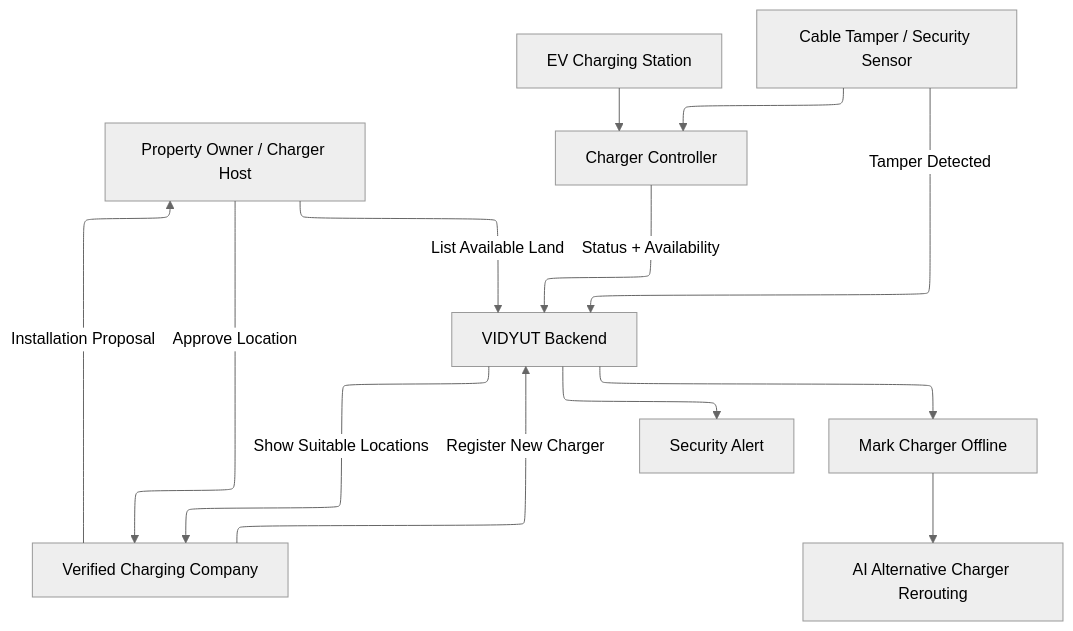
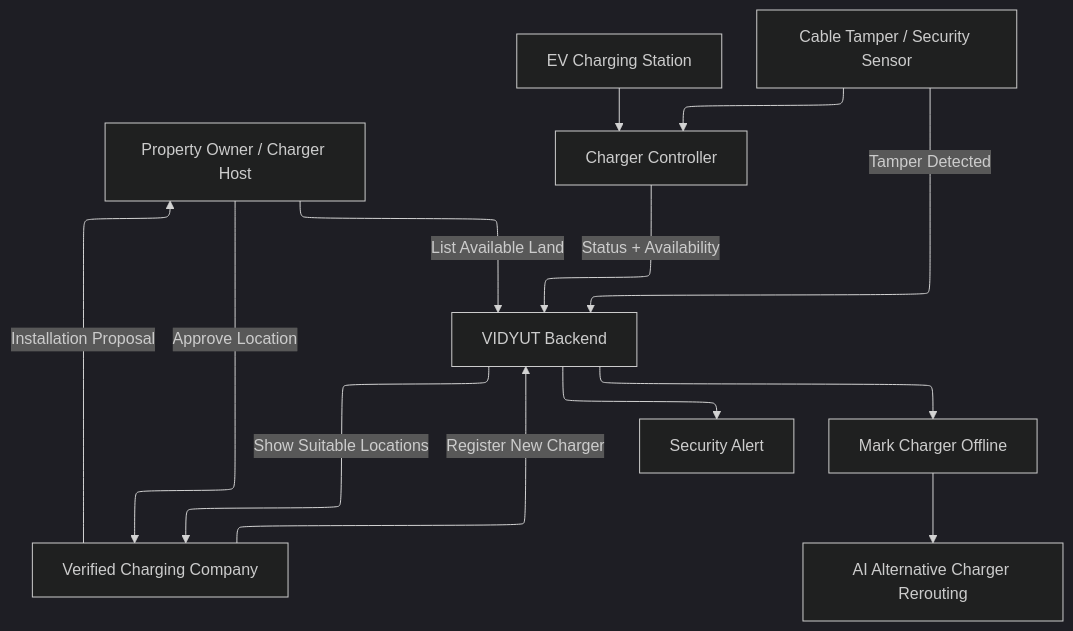
One commit to cs1m2414238/vidyutEV-1.0 changed the second of 2 diagrams in README.md. Above: the diagram before and after it, drawn with Mermaid.

````diff
--- a/README.md
+++ b/README.md
@@ -59,19 +59,19 @@
 ```mermaid
 ---
 config:
   layout: elk
-  theme: neutral
+  theme: dark
 ---
 flowchart TB
     HOST["Property Owner / Charger Host"] -- List Available Land --> BACKEND["VIDYUT Backend"]
     BACKEND -- Show Suitable Locations --> COMPANY["Verified Charging Company"]
     COMPANY -- Installation Proposal --> HOST
     HOST -- Approve Location --> COMPANY
     COMPANY -- Register New Charger --> BACKEND
     STATION["EV Charging Station"] --> CONTROLLER["Charger Controller"]
     SENSOR["Cable Tamper / Security Sensor"] --> CONTROLLER
     CONTROLLER -- Status + Availability --> BACKEND
     SENSOR -- Tamper Detected --> BACKEND
     BACKEND --> ALERT["Security Alert"] & OFFLINE["Mark Charger Offline"]
     OFFLINE --> REROUTE["AI Alternative Charger Rerouting"]
 ```
````
